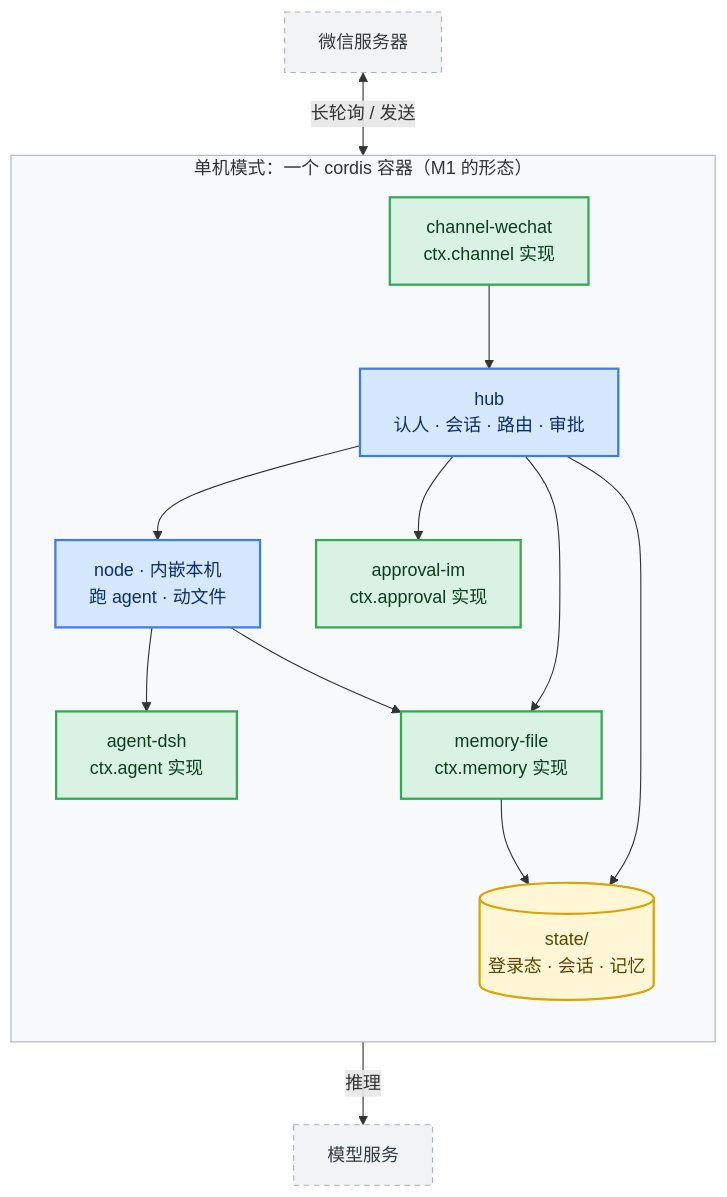
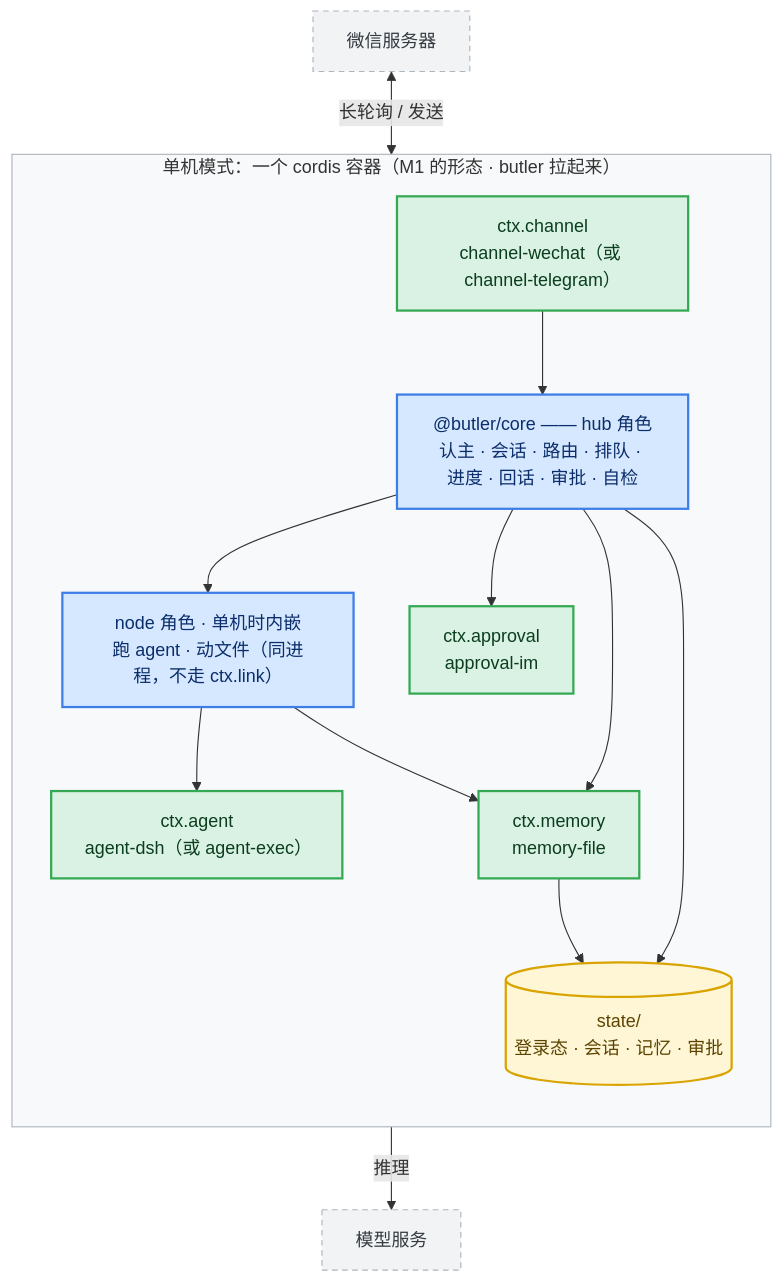
Before and after one commit to Leowuqunqun/ai-butler: the diagram in docs/diagrams/tech-01-container.mmd, drawn with Mermaid. The commit also changed 14 other files, not shown here.

First line of the commit message:
docs(diagrams): 7 张图对齐现状 —— hub/node 是角色、M 标签换成真实状态、类名改对

```diff
--- a/docs/diagrams/tech-01-container.mmd
+++ b/docs/diagrams/tech-01-container.mmd
@@ -1,31 +1,31 @@
 flowchart TB
-    subgraph HOST["单机模式：一个 cordis 容器（M1 的形态）"]
+    subgraph HOST["单机模式：一个 cordis 容器（M1 的形态 · butler 拉起来）"]
         direction TB
-        CH["channel-wechat<br/>ctx.channel 实现"]
-        HUB["hub<br/>认人 · 会话 · 路由 · 审批"]
-        NODE["node · 内嵌本机<br/>跑 agent · 动文件"]
-        AG["agent-dsh<br/>ctx.agent 实现"]
-        AP["approval-im<br/>ctx.approval 实现"]
-        MEM["memory-file<br/>ctx.memory 实现"]
-        ST[("state/<br/>登录态 · 会话 · 记忆")]
-        CH --> HUB --> NODE --> AG
-        HUB --> AP
-        HUB --> MEM
+        CH["ctx.channel<br/>channel-wechat（或 channel-telegram）"]
+        CORE["@butler/core —— hub 角色<br/>认主 · 会话 · 路由 · 排队 · 进度 · 回话 · 审批 · 自检"]
+        NODE["node 角色 · 单机时内嵌<br/>跑 agent · 动文件（同进程，不走 ctx.link）"]
+        AG["ctx.agent<br/>agent-dsh（或 agent-exec）"]
+        AP["ctx.approval<br/>approval-im"]
+        MEM["ctx.memory<br/>memory-file"]
+        ST[("state/<br/>登录态 · 会话 · 记忆 · 审批")]
+        CH --> CORE --> NODE --> AG
+        CORE --> AP
+        CORE --> MEM
         NODE --> MEM
-        HUB --> ST
+        CORE --> ST
         MEM --> ST
     end
     WX["微信服务器"]
     LLM["模型服务"]
     WX <-->|"长轮询 / 发送"| CH
     AG -->|"推理"| LLM
     classDef seam fill:#EDE0FF,stroke:#8B5CF6,stroke-width:2px,color:#3B1D6E
     classDef core fill:#D6E8FF,stroke:#3D7DE8,stroke-width:2px,color:#0B2E6B
     classDef impl fill:#D9F2E3,stroke:#34A853,stroke-width:2px,color:#0B3D1E
     classDef store fill:#FFF6D6,stroke:#D9A400,stroke-width:2px,color:#5C4400
     classDef ext fill:#F1F3F5,stroke:#ADB5BD,stroke-dasharray:5 4,color:#343A40
     class CH,AG,AP,MEM impl
-    class HUB,NODE core
+    class CORE,NODE core
     class ST store
     class WX,LLM ext
 style HOST fill:#F8F9FA,stroke:#ADB5BD,stroke-width:1px
```
